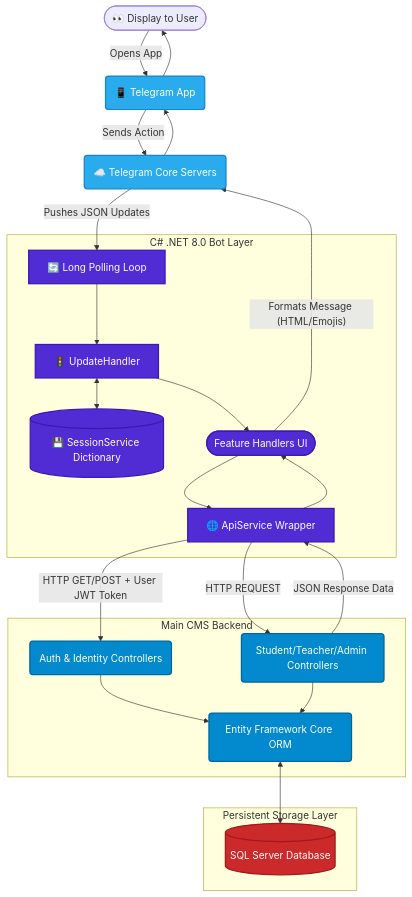
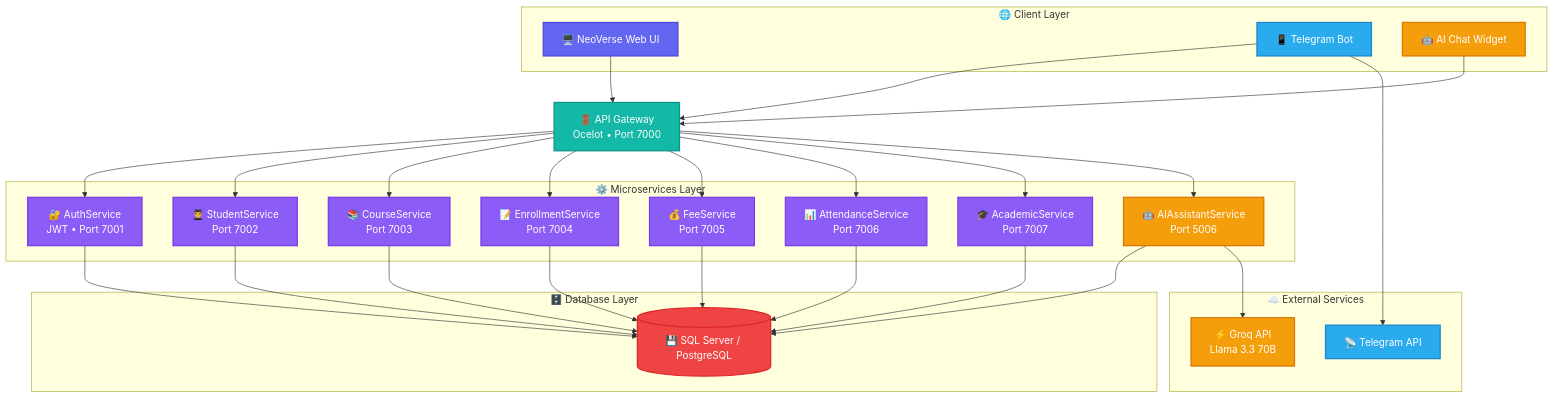
The first of 7 diagrams in README.md (rahulroshiya22/CollegeManagementSystem), drawn with Mermaid before and after one commit. The commit also changed other lines of this file and 1 other file, not shown here.

Commit message:
feat: comprehensive README with diagrams + AI service 20 improvements

````diff
--- a/README.md
+++ b/README.md
@@ -48,46 +103,62 @@
 ```mermaid
-graph TD
-    classDef telegram fill:#2AABEE,stroke:#1986C9,stroke-width:2px,color:#fff;
-    classDef csharp fill:#512BD4,stroke:#3E18B3,stroke-width:2px,color:#fff;
-    classDef aspcms fill:#0289CE,stroke:#01689E,stroke-width:2px,color:#fff;
-    classDef dblayer fill:#CC292B,stroke:#9E1A1C,stroke-width:2px,color:#fff;
+graph TB
+    classDef frontend fill:#6366F1,stroke:#4F46E5,color:#fff,stroke-width:2px
+    classDef gateway fill:#14B8A6,stroke:#0D9488,color:#fff,stroke-width:2px
+    classDef service fill:#8B5CF6,stroke:#7C3AED,color:#fff,stroke-width:2px
+    classDef db fill:#EF4444,stroke:#DC2626,color:#fff,stroke-width:2px
+    classDef ai fill:#F59E0B,stroke:#D97706,color:#fff,stroke-width:2px
+    classDef telegram fill:#2AABEE,stroke:#1986C9,color:#fff,stroke-width:2px
 
-    User([👤 User / Student]) -->|Opens App| TelegramMobile(📱 Telegram App):::telegram
-    TelegramMobile -->|Sends Action| TelegramCloud(☁️ Telegram Core Servers):::telegram
-    
-    subgraph CMS Telegram Bot Service [C# .NET 8.0 Bot Layer]
-        Polling[🔄 Long Polling Loop]
-        Router[🚦 UpdateHandler]
-        InMemorySession[(💾 SessionService Dictionary)]
-        ApiClient[🌐 ApiService Wrapper]
-        LogicHandlers([Feature Handlers UI])
+    subgraph Clients ["🌐 Client Layer"]
+        WEB["🖥️ NeoVerse Web UI"]:::frontend
+        TBOT["📱 Telegram Bot"]:::telegram
+        AICHAT["🤖 AI Chat Widget"]:::ai
     end
 
-    TelegramCloud -- "Pushes JSON Updates" --> Polling:::csharp
-    Polling --> Router:::csharp
-    Router <--> InMemorySession:::csharp
-    Router --> LogicHandlers:::csharp
-    LogicHandlers --> ApiClient:::csharp
+    GW["🚪 API Gateway\nOcelot • Port 7000"]:::gateway
 
-    subgraph College Core Engine [Main CMS Backend]
-        AuthControllers(Auth & Identity Controllers):::aspcms
-        ResourceControllers(Student/Teacher/Admin Controllers):::aspcms
-        EntityFW(Entity Framework Core ORM):::aspcms
-    end
-    
-    subgraph Persistent Storage Layer
-        SQL[(SQL Server Database)]:::dblayer
+    WEB --> GW
+    TBOT --> GW
+    AICHAT --> GW
+
+    subgraph Services ["⚙️ Microservices Layer"]
+        AUTH["🔐 AuthService\nJWT • Port 7001"]:::service
+        STU["👨‍🎓 StudentService\nPort 7002"]:::service
+        CRS["📚 CourseService\nPort 7003"]:::service
+        ENR["📝 EnrollmentService\nPort 7004"]:::service
+        FEE["💰 FeeService\nPort 7005"]:::service
+        ATT["📊 AttendanceService\nPort 7006"]:::service
+        ACA["🎓 AcademicService\nPort 7007"]:::service
+        AI["🤖 AIAssistantService\nPort 5006"]:::ai
     end
 
-    ApiClient -- "HTTP GET/POST + User JWT Token" --> AuthControllers
-    ApiClient -- "HTTP REQUEST" --> ResourceControllers
-    AuthControllers --> EntityFW
-    ResourceControllers --> EntityFW
-    EntityFW <--> SQL
-    
-    ResourceControllers -- "JSON Response Data" --> ApiClient
-    ApiClient --> LogicHandlers
-    LogicHandlers -- "Formats Message (HTML/Emojis)" --> TelegramCloud
-    TelegramCloud --> TelegramMobile
-    TelegramMobile --> User([👀 Display to User])
+    GW --> AUTH
+    GW --> STU
+    GW --> CRS
+    GW --> ENR
+    GW --> FEE
+    GW --> ATT
+    GW --> ACA
+    GW --> AI
+
+    subgraph Database ["🗄️ Database Layer"]
+        SQL[("💾 SQL Server / PostgreSQL")]:::db
+    end
+
+    AUTH --> SQL
+    STU --> SQL
+    CRS --> SQL
+    ENR --> SQL
+    FEE --> SQL
+    ATT --> SQL
+    ACA --> SQL
+    AI --> SQL
+
+    subgraph External ["☁️ External Services"]
+        GROQ["⚡ Groq API\nLlama 3.3 70B"]:::ai
+        TGAPI["📡 Telegram API"]:::telegram
+    end
+
+    AI --> GROQ
+    TBOT --> TGAPI
 ```
````
